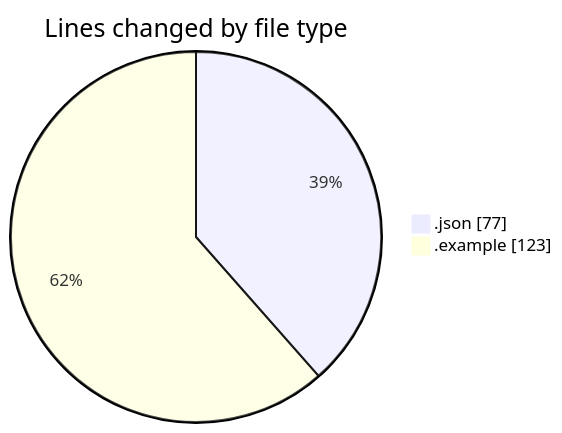
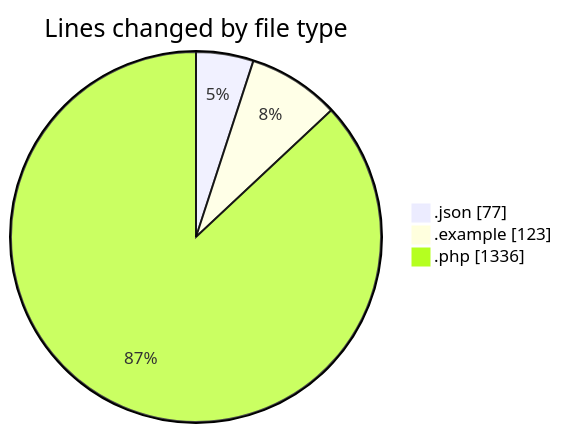
One commit to lephambinh05/code-tracking changed the first of 2 diagrams in 2025-07-10/shopaccv1/README.md. Above: the diagram before and after it, drawn with Mermaid. The commit also changed other lines of this file and 1 other file, not shown here.

````diff
--- a/2025-07-10/shopaccv1/README.md
+++ b/2025-07-10/shopaccv1/README.md
@@ -21,6 +24,7 @@
 ```mermaid
 pie showData
 title Lines changed by file type
 ".json" : 77
 ".example" : 123
+".php" : 1336
 ```
````
